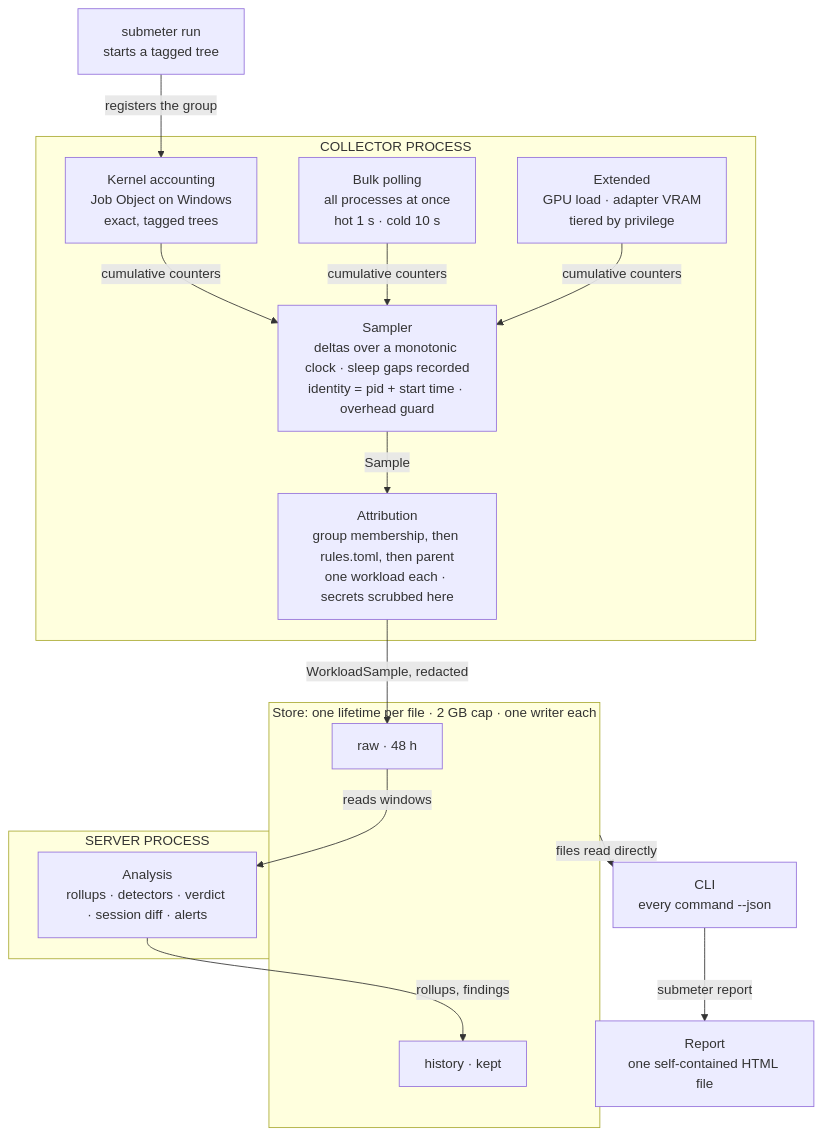
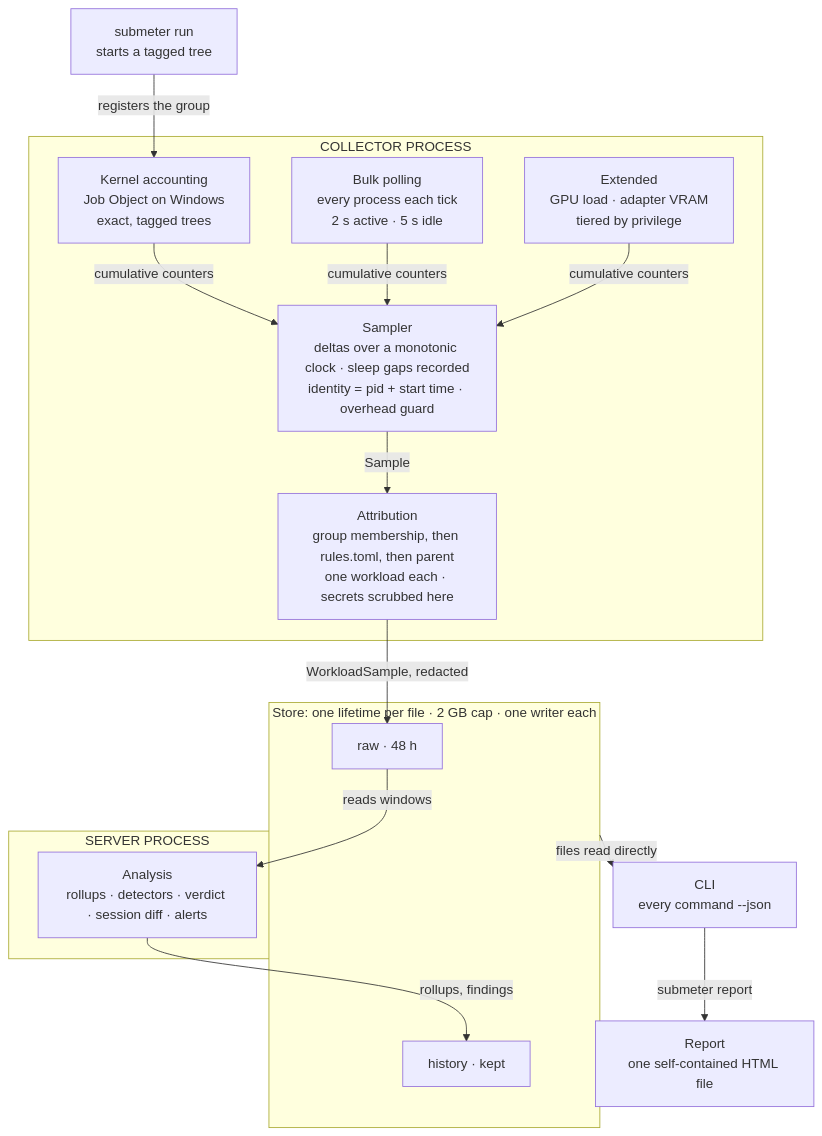
One commit to therealestmatthew/submeter-pc-monitor changed the diagram in docs/05-data-flow.md. Above: the diagram before and after it, drawn with Mermaid. The commit also changed other lines of this file and 11 other files, not shown here.

````diff
--- a/docs/05-data-flow.md
+++ b/docs/05-data-flow.md
@@ -7,30 +7,30 @@
 ```mermaid
 flowchart TD
     run["submeter run<br/>starts a tagged tree"]
     subgraph collector["COLLECTOR PROCESS"]
         ka["Kernel accounting<br/>Job Object on Windows<br/>exact, tagged trees"]
-        bp["Bulk polling<br/>all processes at once<br/>hot 1 s · cold 10 s"]
+        bp["Bulk polling<br/>every process each tick<br/>2 s active · 5 s idle"]
         ex["Extended<br/>GPU load · adapter VRAM<br/>tiered by privilege"]
         sampler["Sampler<br/>deltas over a monotonic clock · sleep gaps recorded<br/>identity = pid + start time · overhead guard"]
         attribution["Attribution<br/>group membership, then rules.toml, then parent<br/>one workload each · secrets scrubbed here"]
     end
     subgraph store["Store: one lifetime per file · 2 GB cap · one writer each"]
         raw["raw · 48 h"]
         history["history · kept"]
     end
     subgraph server["SERVER PROCESS"]
         analysis["Analysis<br/>rollups · detectors · verdict · session diff · alerts"]
     end
     cli["CLI<br/>every command --json"]
     report["Report<br/>one self-contained HTML file"]
     run -->|registers the group| ka
     ka -->|cumulative counters| sampler
     bp -->|cumulative counters| sampler
     ex -->|cumulative counters| sampler
     sampler -->|Sample| attribution
     attribution -->|WorkloadSample, redacted| raw
     raw -->|reads windows| analysis
     analysis -->|rollups, findings| history
     store -->|files read directly| cli
     cli -->|submeter report| report
 ```
````
